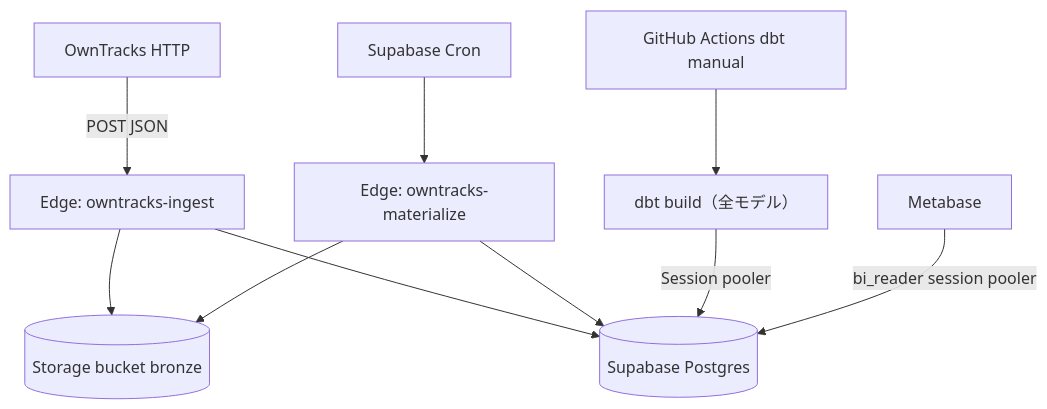
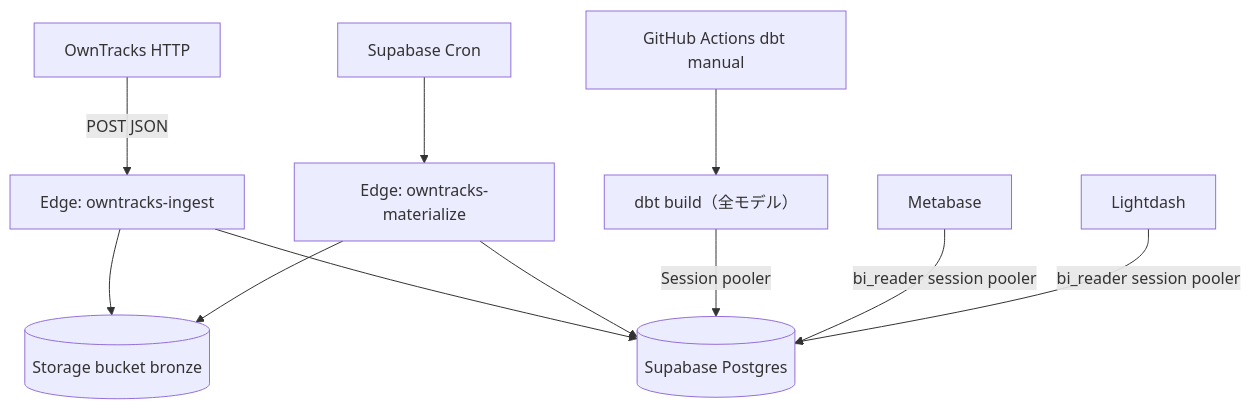
Before and after one commit to hskksk/lifelog-data-vault: the diagram in docs/architecture/supabase-runtime.md, drawn with Mermaid. The commit also changed other lines of this file and 15 other files, not shown here.

````diff
--- a/docs/architecture/supabase-runtime.md
+++ b/docs/architecture/supabase-runtime.md
@@ -25,21 +25,22 @@
 ```mermaid
 flowchart TB
   OT[OwnTracks HTTP]
   EF_IN[Edge: owntracks-ingest]
   BR[(Storage bucket bronze)]
   PG[(Supabase Postgres)]
   CRON[Supabase Cron]
   EF_MAT[Edge: owntracks-materialize]
   GH[GitHub Actions dbt manual]
   DBT[dbt build（全モデル）]
 
   OT -->|POST JSON| EF_IN
   EF_IN --> BR
   EF_IN --> PG
   CRON --> EF_MAT
   EF_MAT --> BR
   EF_MAT --> PG
   GH --> DBT
   DBT -->|Session pooler| PG
   MB[Metabase] -->|bi_reader session pooler| PG
+  LD[Lightdash] -->|bi_reader session pooler| PG
 ```
````
